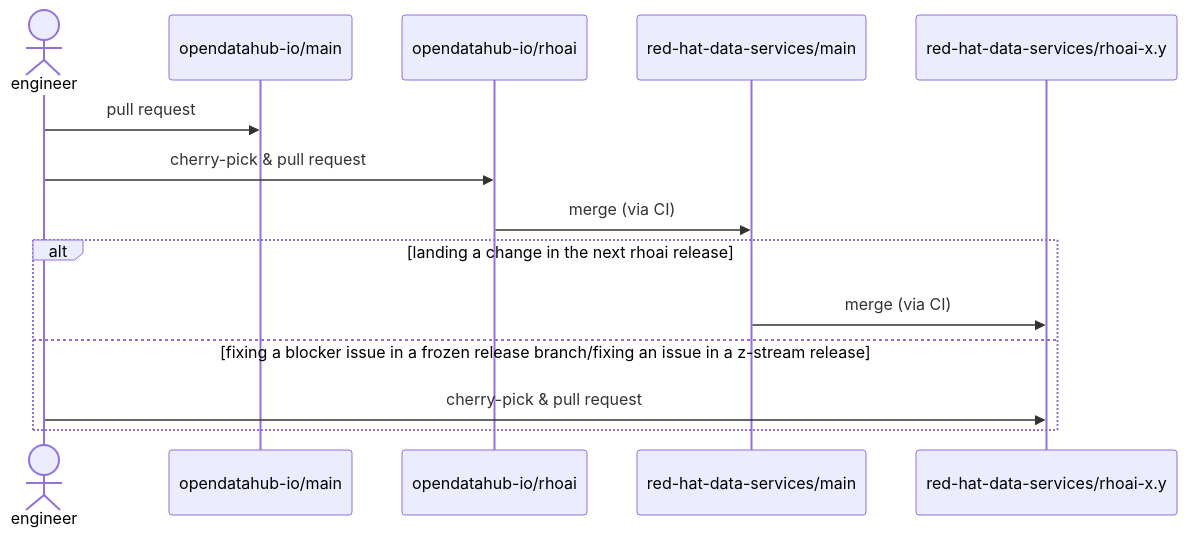
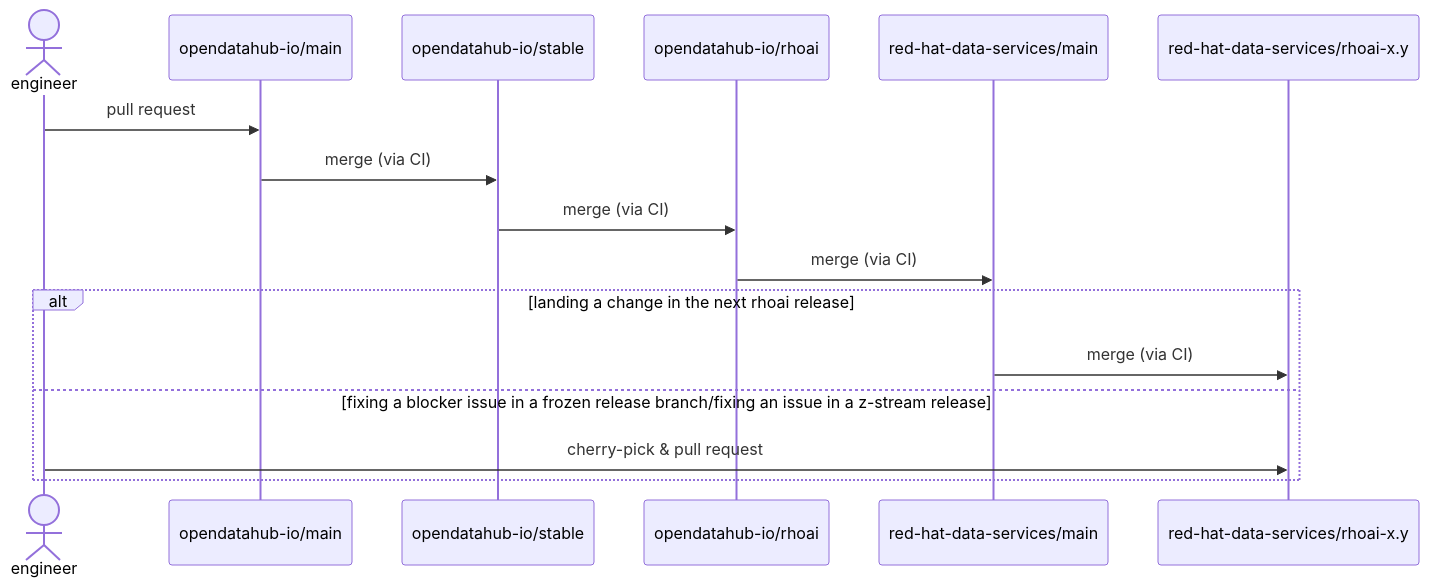
Before and after one commit to opendatahub-io/opendatahub-operator: the second of 2 diagrams in docs/release-workflow-guide.md, drawn with Mermaid. The commit also changed other lines of this file and 3 other files, not shown here.

````diff
--- a/docs/release-workflow-guide.md
+++ b/docs/release-workflow-guide.md
@@ -76,17 +90,19 @@
 ```mermaid
 sequenceDiagram
     actor engineer
     participant main as opendatahub-io/main
+    participant stable as opendatahub-io/stable
     participant rhoai as opendatahub-io/rhoai
     participant rhds as red-hat-data-services/main
     participant rhoaixy as red-hat-data-services/rhoai-x.y
 
     engineer ->> main: pull request
-    engineer ->> rhoai: cherry-pick & pull request
+    main ->> stable: merge (via CI)
+    stable ->> rhoai: merge (via CI)
     rhoai ->> rhds: merge (via CI)
 alt landing a change in the next rhoai release
     rhds ->> rhoaixy: merge (via CI)
 else fixing a blocker issue in a frozen release branch/fixing an issue in a z-stream release
     engineer ->> rhoaixy: cherry-pick & pull request
 end
 ```
````
